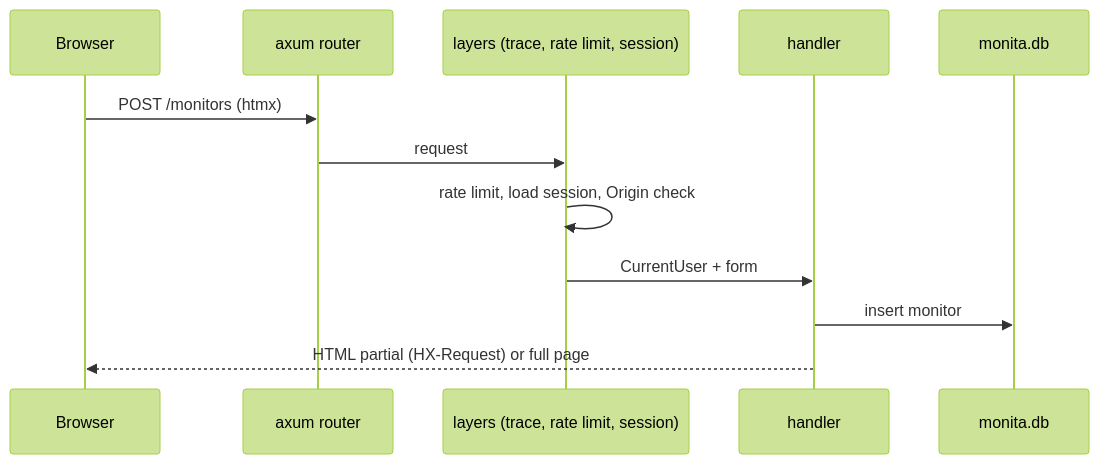
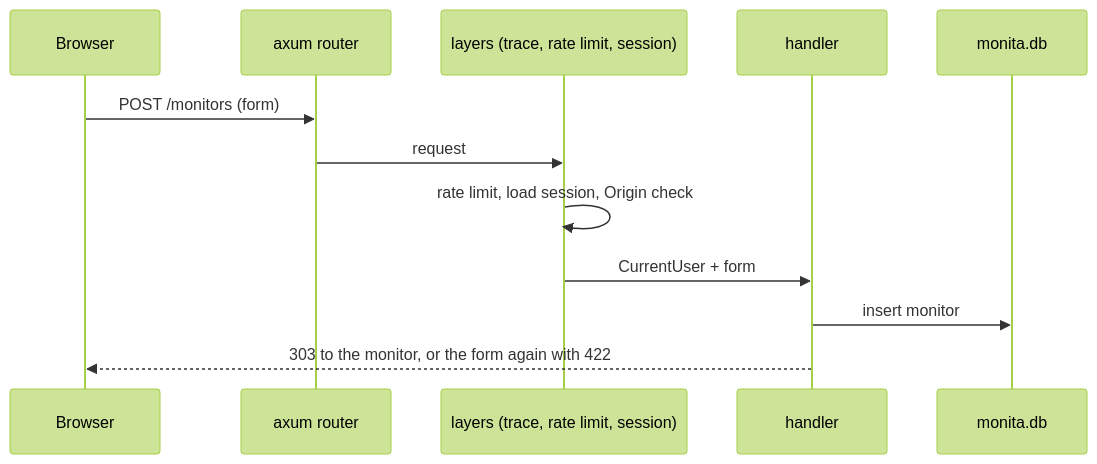
One commit to PT-Perkasa-Pilar-Utama/monita changed the second of 4 diagrams in docs/technical-specs/02-system-architecture.md. Above: the diagram before and after it, drawn with Mermaid (forest theme). The commit also changed other lines of this file and 27 other files, not shown here.

````diff
--- a/docs/technical-specs/02-system-architecture.md
+++ b/docs/technical-specs/02-system-architecture.md
@@ -35,14 +35,14 @@
 ```mermaid
 sequenceDiagram
   participant B as Browser
   participant R as axum router
   participant L as layers (trace, rate limit, session)
   participant H as handler
   participant D as monita.db
-  B->>R: POST /monitors (htmx)
+  B->>R: POST /monitors (form)
   R->>L: request
   L->>L: rate limit, load session, Origin check
   L->>H: CurrentUser + form
   H->>D: insert monitor
-  H-->>B: HTML partial (HX-Request) or full page
+  H-->>B: 303 to the monitor, or the form again with 422
 ```
````
